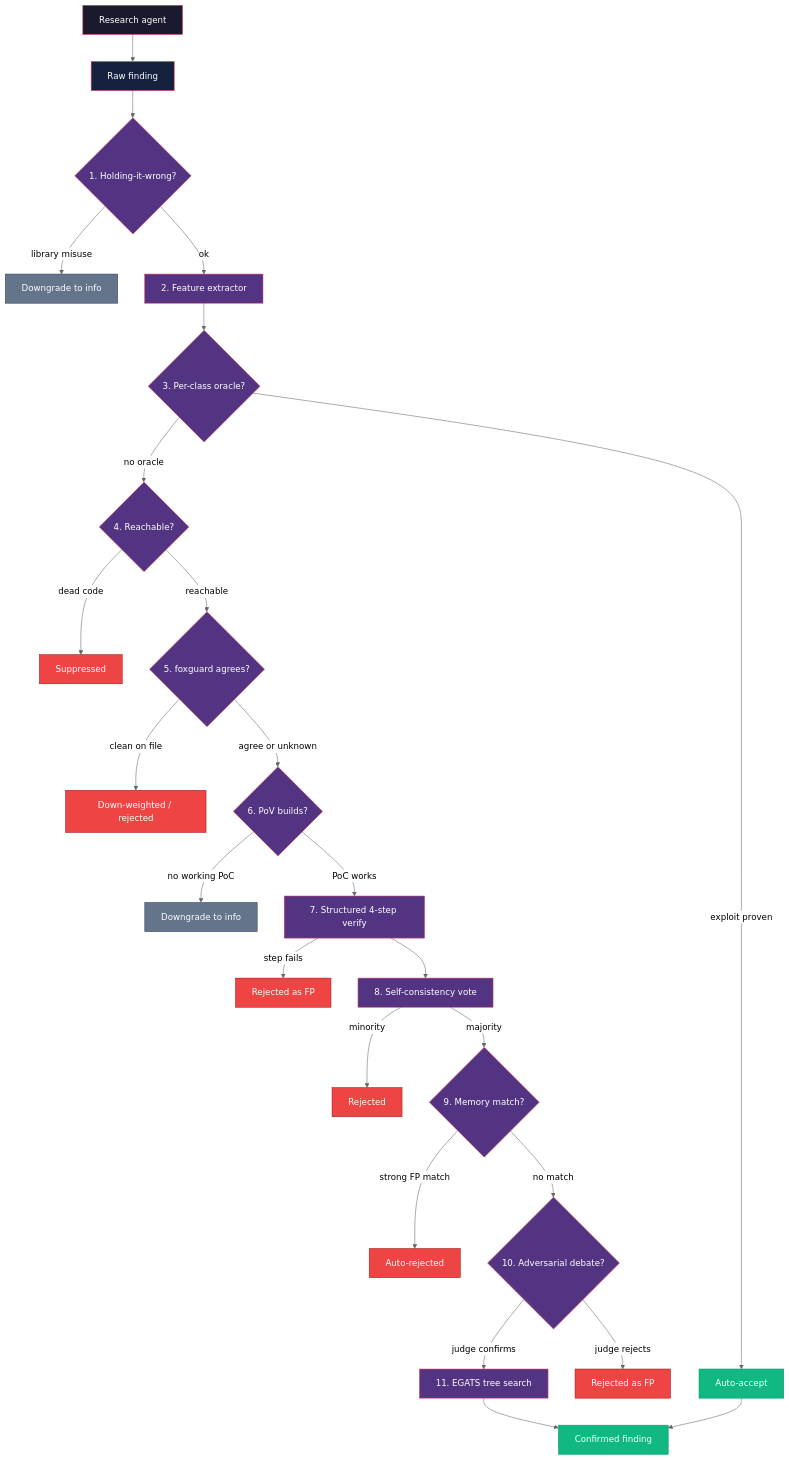
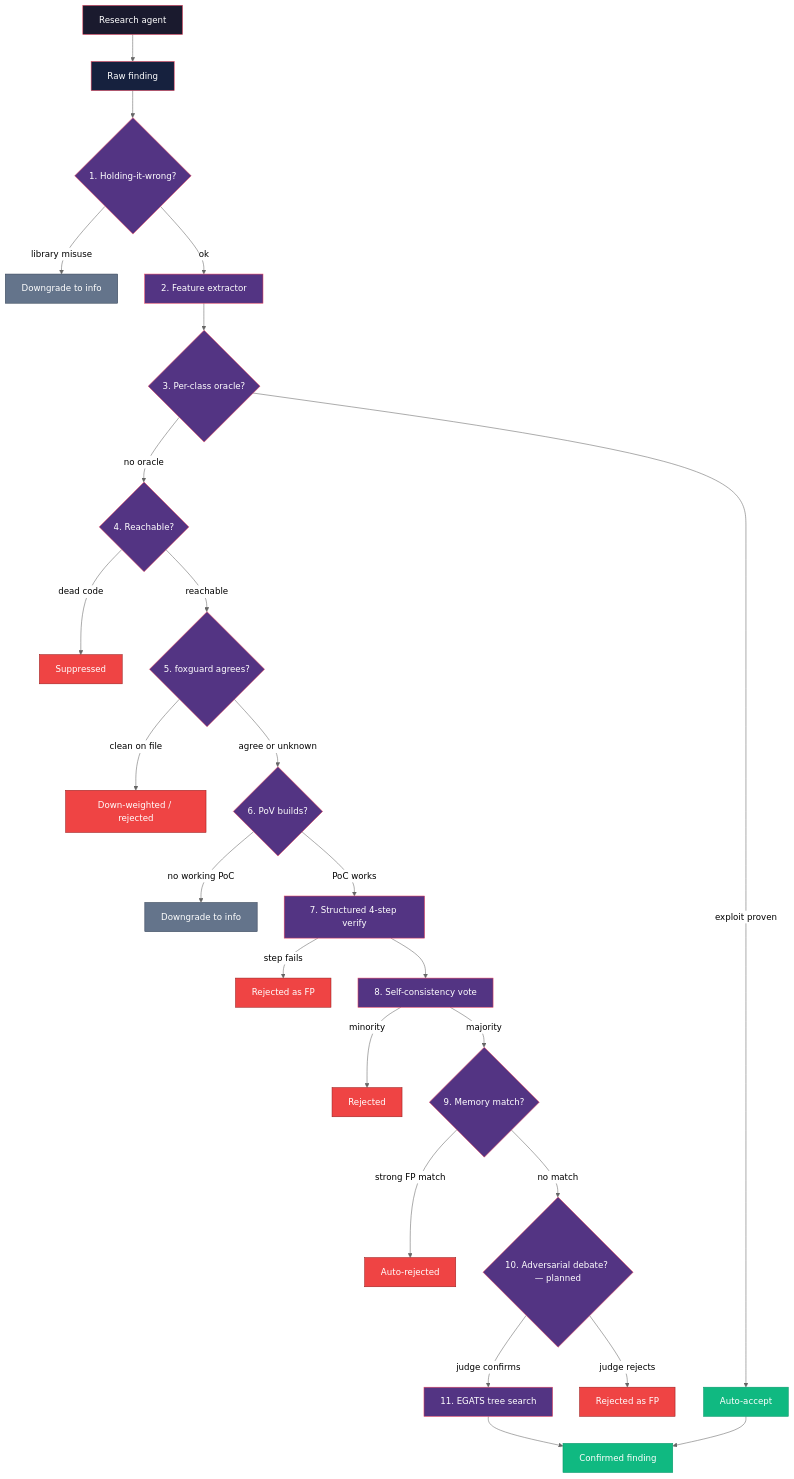
The diagram in docs/src/content/docs/triage.md (0sec-labs/0sec), drawn with Mermaid (neutral theme) before and after one commit. The commit also changed other lines of this file and 57 other files, not shown here.

````diff
--- a/docs/src/content/docs/triage.md
+++ b/docs/src/content/docs/triage.md
@@ -24,50 +24,50 @@
 ```mermaid
 flowchart TD
     RA[Research agent] --> F[Raw finding]
     F --> S1{1. Holding-it-wrong?}
     S1 -->|library misuse| D1[Downgrade to info]
     S1 -->|ok| S2[2. Feature extractor]
     S2 --> S3{3. Per-class oracle?}
     S3 -->|exploit proven| ACC[Auto-accept]
     S3 -->|no oracle| S4{4. Reachable?}
     S4 -->|dead code| R1[Suppressed]
     S4 -->|reachable| S5{5. foxguard agrees?}
     S5 -->|clean on file| R2[Down-weighted / rejected]
     S5 -->|agree or unknown| S6{6. PoV builds?}
     S6 -->|no working PoC| D2[Downgrade to info]
     S6 -->|PoC works| S7[7. Structured 4-step verify]
     S7 -->|step fails| R3[Rejected as FP]
     S7 --> S8[8. Self-consistency vote]
     S8 -->|minority| R4[Rejected]
     S8 -->|majority| S9{9. Memory match?}
     S9 -->|strong FP match| R5[Auto-rejected]
-    S9 -->|no match| S10{10. Adversarial debate?}
+    S9 -->|no match| S10{10. Adversarial debate? — planned}
     S10 -->|judge rejects| R6[Rejected as FP]
     S10 -->|judge confirms| S11[11. EGATS tree search]
     S11 --> CF[Confirmed finding]
     ACC --> CF
 
     style RA fill:#1a1a2e,stroke:#e94560,color:#fff
     style F fill:#16213e,stroke:#e94560,color:#fff
     style CF fill:#10b981,stroke:#059669,color:#fff
     style ACC fill:#10b981,stroke:#059669,color:#fff
     style D1 fill:#64748b,stroke:#334155,color:#fff
     style D2 fill:#64748b,stroke:#334155,color:#fff
     style R1 fill:#ef4444,stroke:#991b1b,color:#fff
     style R2 fill:#ef4444,stroke:#991b1b,color:#fff
     style R3 fill:#ef4444,stroke:#991b1b,color:#fff
     style R4 fill:#ef4444,stroke:#991b1b,color:#fff
     style R5 fill:#ef4444,stroke:#991b1b,color:#fff
     style R6 fill:#ef4444,stroke:#991b1b,color:#fff
     style S1 fill:#533483,stroke:#e94560,color:#fff
     style S2 fill:#533483,stroke:#e94560,color:#fff
     style S3 fill:#533483,stroke:#e94560,color:#fff
     style S4 fill:#533483,stroke:#e94560,color:#fff
     style S5 fill:#533483,stroke:#e94560,color:#fff
     style S6 fill:#533483,stroke:#e94560,color:#fff
     style S7 fill:#533483,stroke:#e94560,color:#fff
     style S8 fill:#533483,stroke:#e94560,color:#fff
     style S9 fill:#533483,stroke:#e94560,color:#fff
     style S10 fill:#533483,stroke:#e94560,color:#fff
     style S11 fill:#533483,stroke:#e94560,color:#fff
 ```
````
